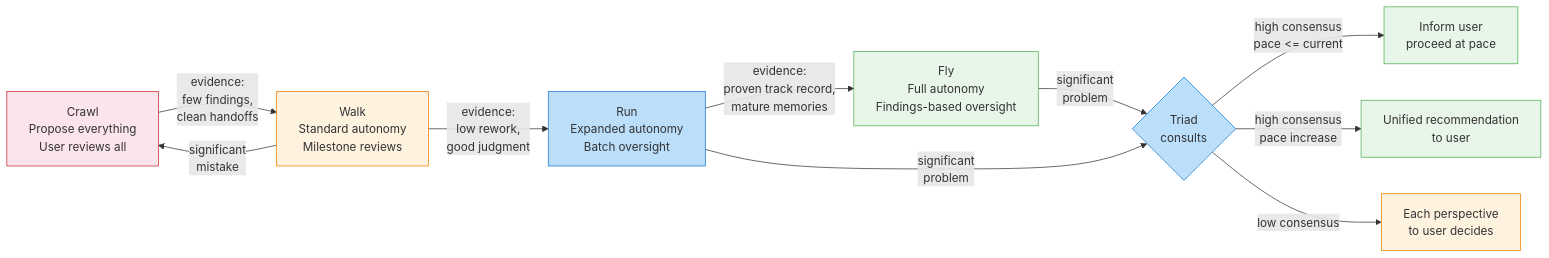
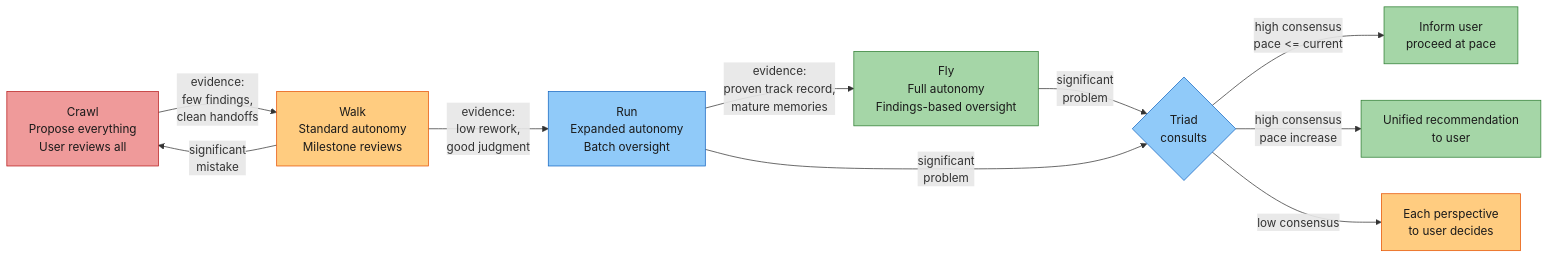
The fourth of 20 diagrams in docs/COLLABORATION-MODEL.md (rdunie/venutian-antfarm), drawn with Mermaid before and after one commit. The commit also changed other lines of this file and 22 other files, not shown here.

````diff
--- a/docs/COLLABORATION-MODEL.md
+++ b/docs/COLLABORATION-MODEL.md
@@ -109,23 +111,23 @@
 ```mermaid
 flowchart LR
     CRAWL["Crawl\nPropose everything\nUser reviews all"] -->|"evidence:\nfew findings,\nclean handoffs"| WALK["Walk\nStandard autonomy\nMilestone reviews"]
     WALK -->|"evidence:\nlow rework,\ngood judgment"| RUN["Run\nExpanded autonomy\nBatch oversight"]
     RUN -->|"evidence:\nproven track record,\nmature memories"| FLY["Fly\nFull autonomy\nFindings-based oversight"]
 
     FLY -->|"significant\nproblem"| TRIAD
     RUN -->|"significant\nproblem"| TRIAD
     WALK -->|"significant\nmistake"| CRAWL
 
     TRIAD{"Triad\nconsults"} -->|"high consensus\npace <= current"| AUTO["Inform user\nproceed at pace"]
     TRIAD -->|"high consensus\npace increase"| REC["Unified recommendation\nto user"]
     TRIAD -->|"low consensus"| ESC["Each perspective\nto user decides"]
 
-    style CRAWL fill:#fce4ec,stroke:#C62828
-    style WALK fill:#fff3e0,stroke:#F57C00
-    style RUN fill:#bbdefb,stroke:#1976D2
-    style FLY fill:#e8f5e9,stroke:#4CAF50
-    style TRIAD fill:#bbdefb,stroke:#1976D2
-    style AUTO fill:#e8f5e9,stroke:#4CAF50
-    style REC fill:#e8f5e9,stroke:#4CAF50
-    style ESC fill:#fff3e0,stroke:#F57C00
+    style CRAWL fill:#ef9a9a,stroke:#b71c1c,color:#1a1a1a
+    style WALK fill:#ffcc80,stroke:#e65100,color:#1a1a1a
+    style RUN fill:#90caf9,stroke:#1565c0,color:#1a1a1a
+    style FLY fill:#a5d6a7,stroke:#2e7d32,color:#1a1a1a
+    style TRIAD fill:#90caf9,stroke:#1565c0,color:#1a1a1a
+    style AUTO fill:#a5d6a7,stroke:#2e7d32,color:#1a1a1a
+    style REC fill:#a5d6a7,stroke:#2e7d32,color:#1a1a1a
+    style ESC fill:#ffcc80,stroke:#e65100,color:#1a1a1a
 ```
````
